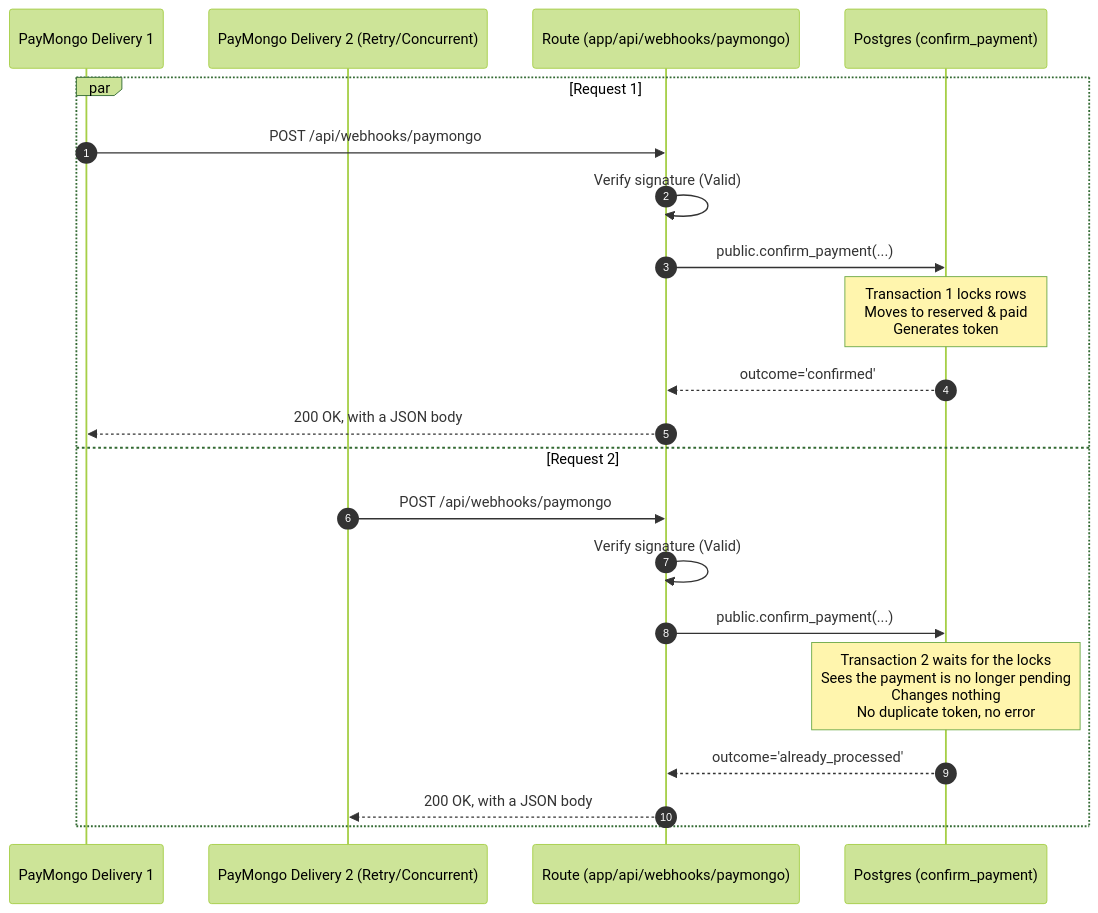
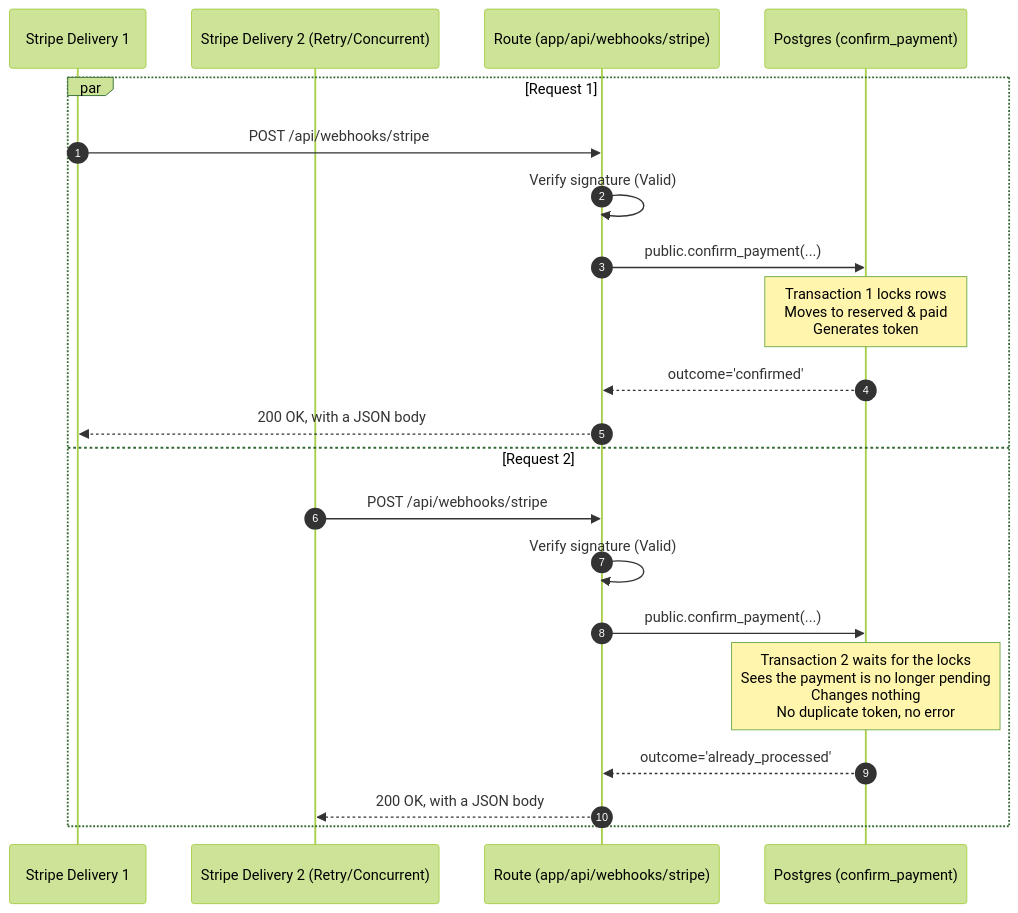
One commit to dreeyanzz/studyhub changed the third of 5 diagrams in docs/flows/sandbox-payment-confirmation.md. Above: the diagram before and after it, drawn with Mermaid (forest theme). The commit also changed other lines of this file and 6 other files, not shown here.

````diff
--- a/docs/flows/sandbox-payment-confirmation.md
+++ b/docs/flows/sandbox-payment-confirmation.md
@@ -196,24 +197,24 @@
 ```mermaid
 sequenceDiagram
     autonumber
-    participant PM1 as PayMongo Delivery 1
-    participant PM2 as PayMongo Delivery 2 (Retry/Concurrent)
-    participant WH as Route (app/api/webhooks/paymongo)
+    participant ST1 as Stripe Delivery 1
+    participant ST2 as Stripe Delivery 2 (Retry/Concurrent)
+    participant WH as Route (app/api/webhooks/stripe)
     participant DB as Postgres (confirm_payment)
 
     par Request 1
-        PM1->>WH: POST /api/webhooks/paymongo
+        ST1->>WH: POST /api/webhooks/stripe
         WH->>WH: Verify signature (Valid)
         WH->>DB: public.confirm_payment(...)
         Note over DB: Transaction 1 locks rows<br/>Moves to reserved & paid<br/>Generates token
         DB-->>WH: outcome='confirmed'
-        WH-->>PM1: 200 OK, with a JSON body
+        WH-->>ST1: 200 OK, with a JSON body
     and Request 2
-        PM2->>WH: POST /api/webhooks/paymongo
+        ST2->>WH: POST /api/webhooks/stripe
         WH->>WH: Verify signature (Valid)
         WH->>DB: public.confirm_payment(...)
         Note over DB: Transaction 2 waits for the locks<br/>Sees the payment is no longer pending<br/>Changes nothing<br/>No duplicate token, no error
         DB-->>WH: outcome='already_processed'
-        WH-->>PM2: 200 OK, with a JSON body
+        WH-->>ST2: 200 OK, with a JSON body
     end
 ```
````
